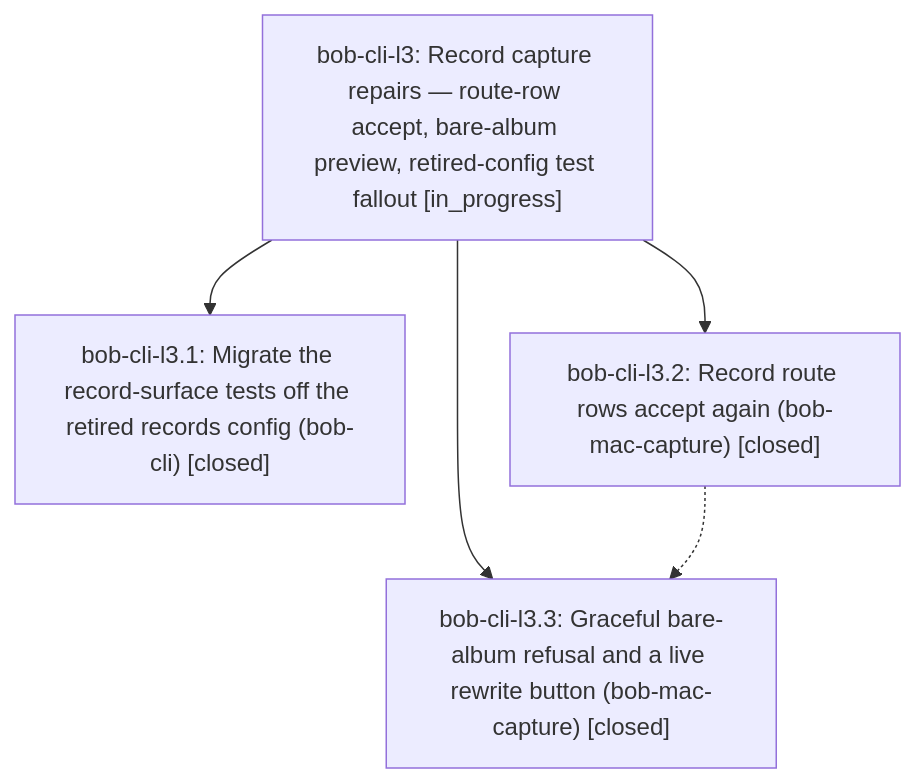
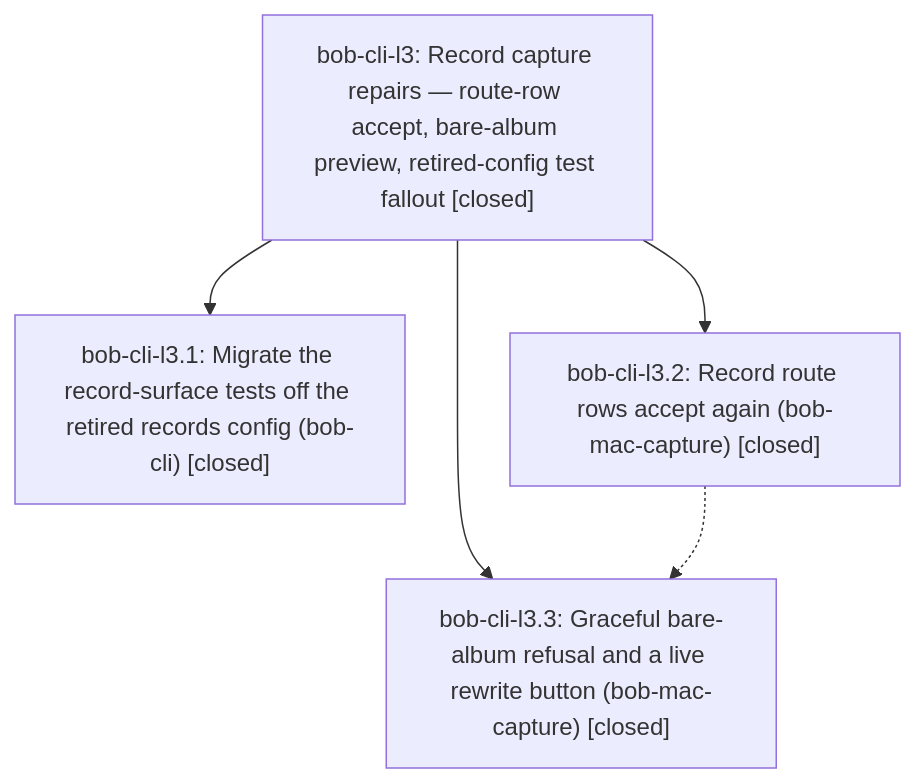
Before and after one commit to bobs-org/bob-cli--beads: the diagram in pages/bob-cli-l3/README.md, drawn with Mermaid. The commit also changed other lines of this file, not shown here.

First line of the commit message:
chore(beads): sync bead state and pages for bob-cli-l3

````diff
--- a/pages/bob-cli-l3/README.md
+++ b/pages/bob-cli-l3/README.md
@@ -61,11 +63,11 @@
 ```mermaid
 flowchart TD
-    n0["bob-cli-l3: Record capture repairs — route-row accept, bare-album preview, retired-config test fallout [in_progress]"]
+    n0["bob-cli-l3: Record capture repairs — route-row accept, bare-album preview, retired-config test fallout [closed]"]
     n1["bob-cli-l3.1: Migrate the record-surface tests off the retired records config (bob-cli) [closed]"]
     n2["bob-cli-l3.2: Record route rows accept again (bob-mac-capture) [closed]"]
     n3["bob-cli-l3.3: Graceful bare-album refusal and a live rewrite button (bob-mac-capture) [closed]"]
     n0 --> n1
     n0 --> n2
     n0 --> n3
     n2 -.-> n3
 ```
````
